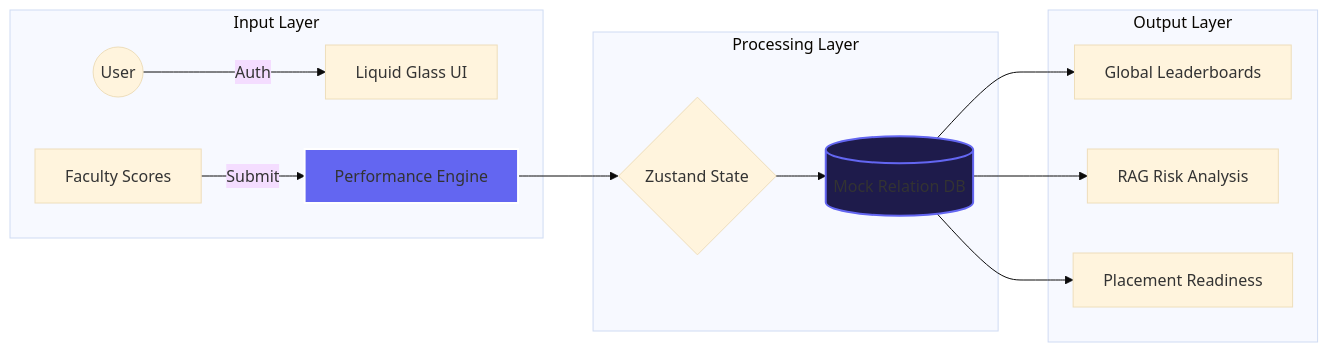
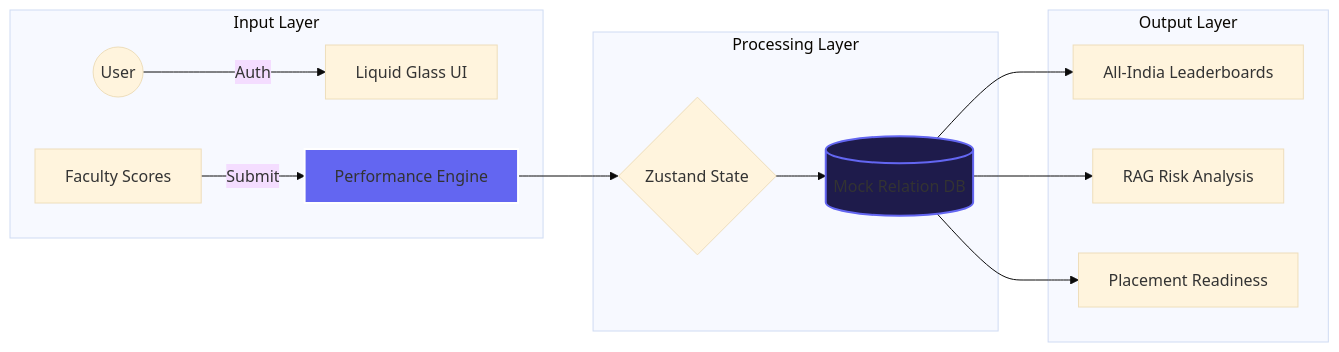
The diagram in README.md (raunitx-02/IOI-Career-Excellence-OS), drawn with Mermaid (base theme) before and after one commit. The commit also changed other lines of this file and 1 other file, not shown here.

Commit message:
🌐 Brand Update: Renamed 'Global Ranking' to 'All-India Ranking' across the app

````diff
--- a/README.md
+++ b/README.md
@@ -28,21 +28,21 @@
 ```mermaid
 graph LR
     subgraph "Input Layer"
         User((User)) -->|Auth| UI[Liquid Glass UI]
         Score[Faculty Scores] -->|Submit| Logic[Performance Engine]
     end
 
     subgraph "Processing Layer"
         Logic --> Store{Zustand State}
         Store --> Data[(Mock Relation DB)]
     end
 
     subgraph "Output Layer"
-        Data --> LB[Global Leaderboards]
+        Data --> LB[All-India Leaderboards]
         Data --> RAG[RAG Risk Analysis]
         Data --> PL[Placement Readiness]
     end
 
     style Data fill:#1e1b4b,stroke:#6366f1,stroke-width:2px
     style Logic fill:#6366f1,stroke:#fff,stroke-width:2px
 ```
````
